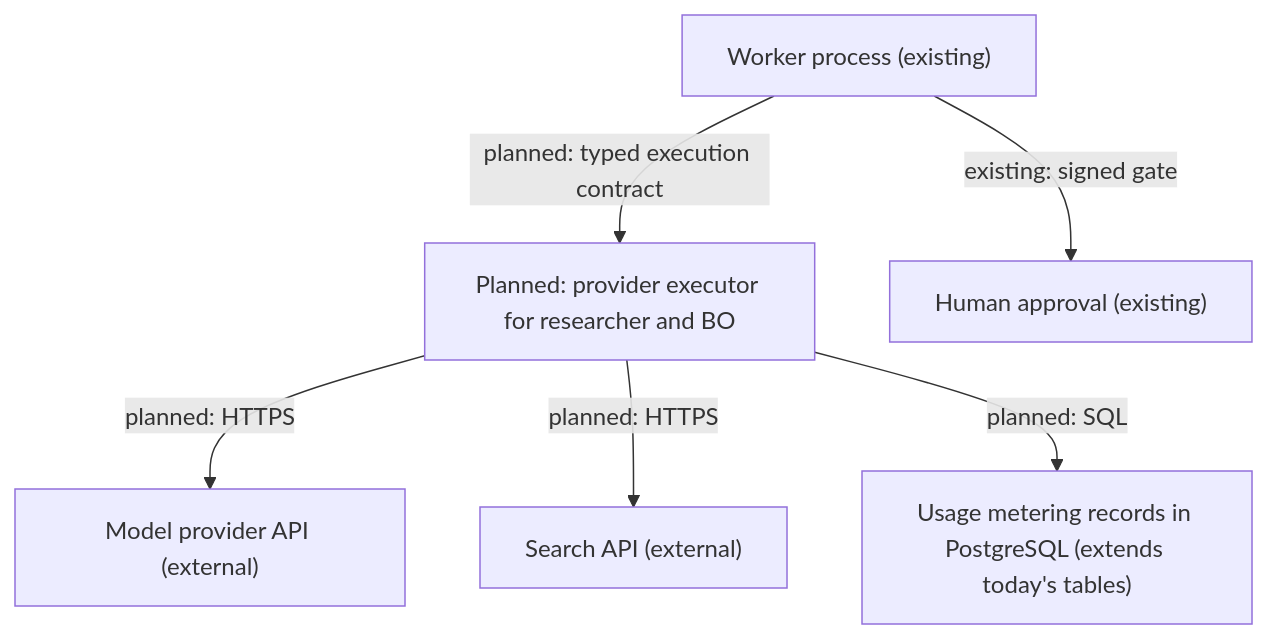
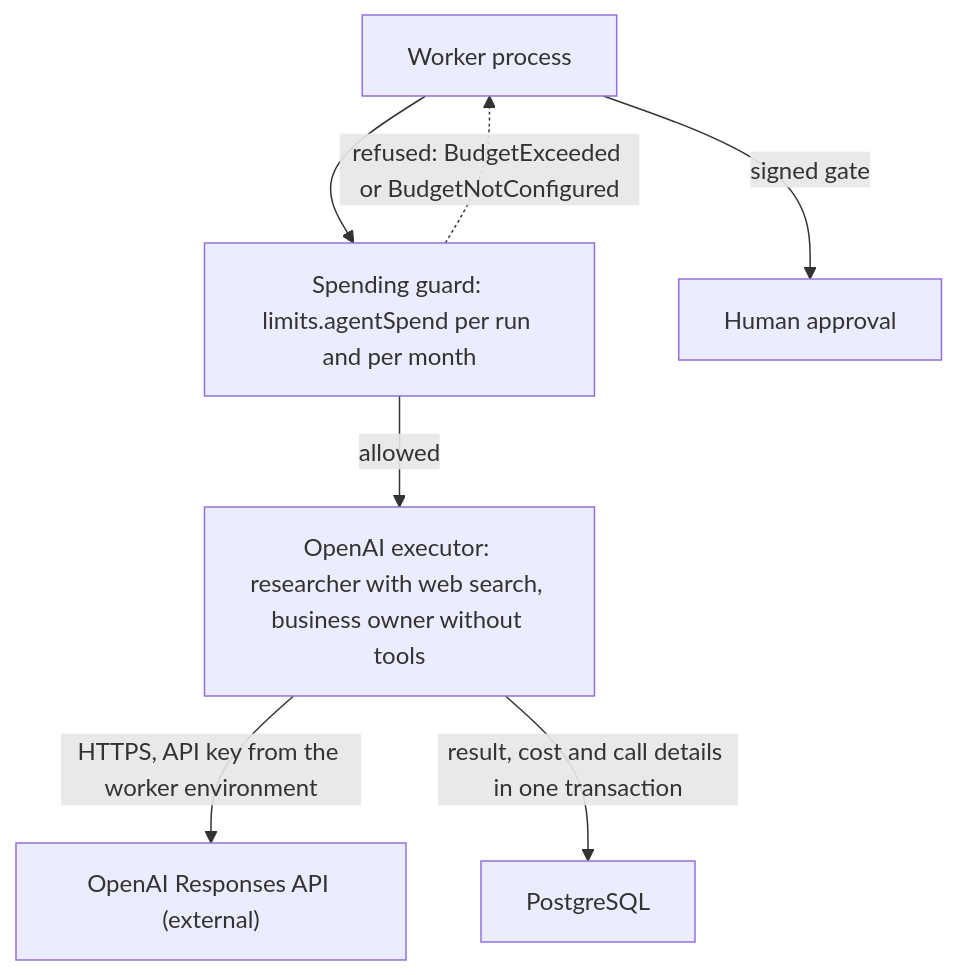
Before and after one commit to Nick-NodeJS/agent-platform: the second of 2 diagrams in docs/architecture/overview.md, drawn with Mermaid. The commit also changed other lines of this file and 47 other files, not shown here.

First line of the commit message:
Step 3: direct OpenAI executor, USD spending guard, restricted tools and call logging

````diff
--- a/docs/architecture/overview.md
+++ b/docs/architecture/overview.md
@@ -83,8 +82,9 @@
 ```mermaid
 flowchart TD
-  worker["Worker process (existing)"] -->|"planned: typed execution contract"| exec["Planned: provider executor for researcher and BO"]
-  exec -->|"planned: HTTPS"| model["Model provider API (external)"]
-  exec -->|"planned: HTTPS"| search["Search API (external)"]
-  exec -->|"planned: SQL"| log["Usage metering records in PostgreSQL (extends today's tables)"]
-  worker -->|"existing: signed gate"| gate["Human approval (existing)"]
+  worker["Worker process"] --> guard["Spending guard: limits.agentSpend per run and per month"]
+  guard -->|"allowed"| exec["OpenAI executor: researcher with web search, business owner without tools"]
+  guard -.->|"refused: BudgetExceeded or BudgetNotConfigured"| worker
+  exec -->|"HTTPS, API key from the worker environment"| model["OpenAI Responses API (external)"]
+  exec -->|"result, cost and call details in one transaction"| db["PostgreSQL"]
+  worker -->|"signed gate"| gate["Human approval"]
 ```
````
